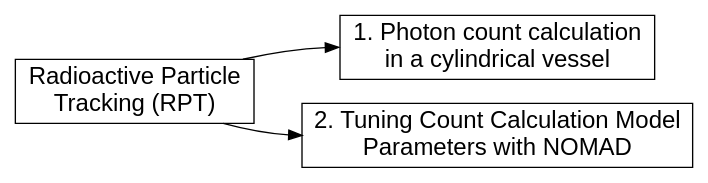
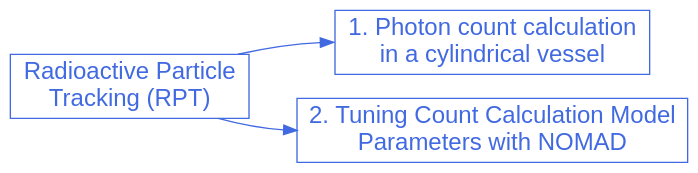
One commit to chaos-polymtl/lethe changed the diagram in doc/source/examples/rpt/rpt.rst. Above: the diagram before and after it, drawn with Graphviz. The commit also changed 5 other files, not shown here.

```diff
--- a/doc/source/examples/rpt/rpt.rst
+++ b/doc/source/examples/rpt/rpt.rst
@@ -14,20 +14,18 @@
 .. graphviz:: 
 
     digraph rpt_diagram {
-      graph [align=true];
-      node [fontname=Arial, fontsize=18, shape=box];
-      center=true;
-      fontname="Comic Sans MS";
-      fontsize = "20";
+      graph [bgcolor="transparent", align=true];
+      node [fontname=Arial, fontsize=18, shape=box, fontcolor=royalblue, color=royalblue];
+      edge [color=royalblue];
       rankdir="LR";
       size = "9,9";
-      
+
       rpt [label="Radioactive Particle \nTracking (RPT)", href="https://lethe-cfd.github.io/lethe/examples/rpt/rpt.html"];
 
-      rpt_1 [label="1. Photon count calculation \nin a cylindrical vessel", color=black, href="https://lethe-cfd.github.io/lethe/examples/rpt/photon-count-calculation-in-a-cylindrical-vessel/photon-count-calculation-in-a-cylindrical-vessel.html"]; 
+      rpt_1 [label="1. Photon count calculation \nin a cylindrical vessel", href="https://lethe-cfd.github.io/lethe/examples/rpt/photon-count-calculation-in-a-cylindrical-vessel/photon-count-calculation-in-a-cylindrical-vessel.html"]; 
 
-      rpt_2 [label="2. Tuning Count Calculation Model \nParameters with NOMAD", color=black, href="https://lethe-cfd.github.io/lethe/examples/rpt/tuning-parameters-with-nomad/tuning-parameters-with-nomad.html"]; 
+      rpt_2 [label="2. Tuning Count Calculation Model \nParameters with NOMAD", href="https://lethe-cfd.github.io/lethe/examples/rpt/tuning-parameters-with-nomad/tuning-parameters-with-nomad.html"]; 
 
       rpt -> rpt_1:w;
       rpt -> rpt_2:w;  
     }
```
